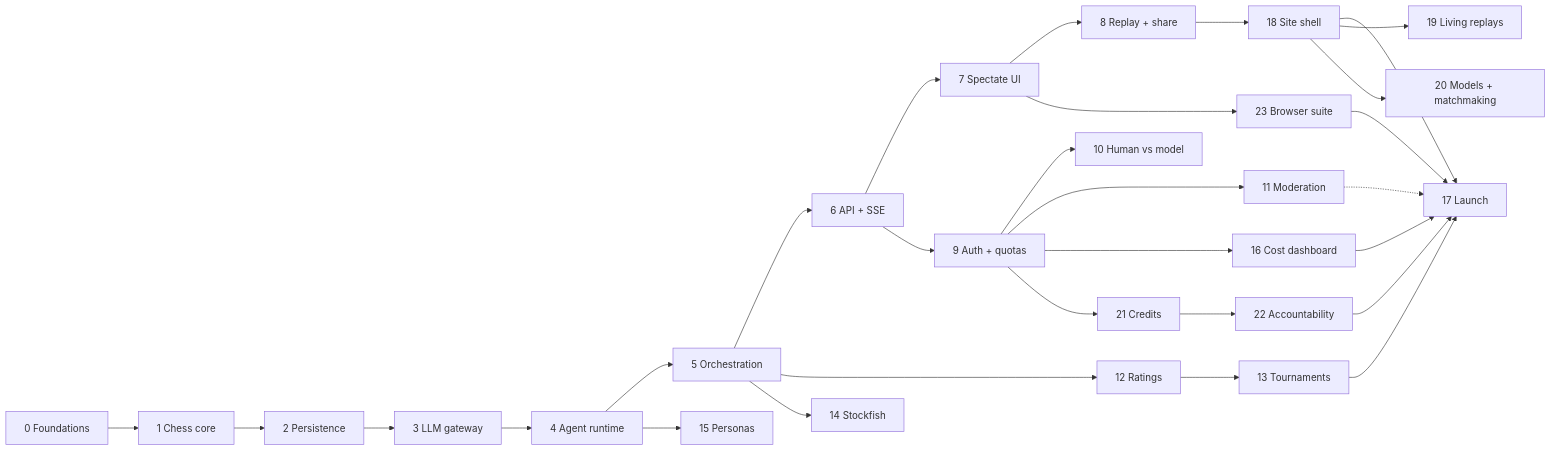
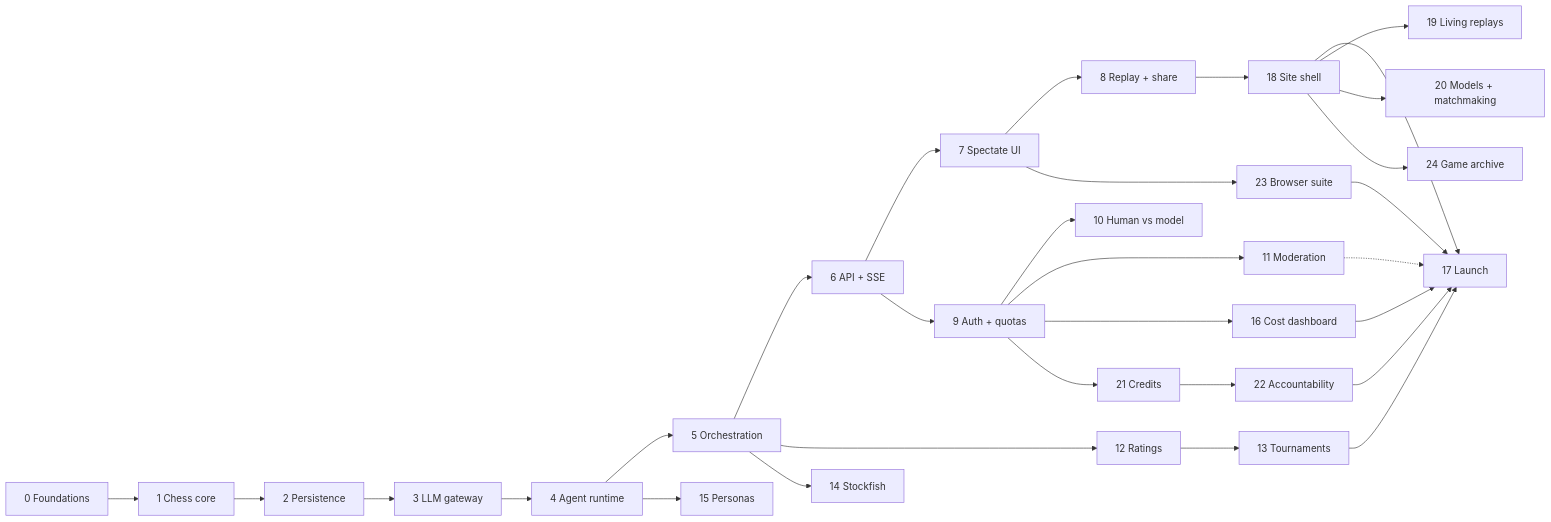
The diagram in docs/ROADMAP.md (ahmedsaed/chessmark), drawn with Mermaid before and after one commit. The commit also changed other lines of this file and 26 other files, not shown here.

First line of the commit message:
feat(web): the game archive at /games, with load-more paging (UI-12)

````diff
--- a/docs/ROADMAP.md
+++ b/docs/ROADMAP.md
@@ -21,31 +21,32 @@
 ```mermaid
 flowchart LR
     P0[0 Foundations] --> P1[1 Chess core]
     P1 --> P2[2 Persistence]
     P2 --> P3[3 LLM gateway]
     P3 --> P4[4 Agent runtime]
     P4 --> P5[5 Orchestration]
     P5 --> P6[6 API + SSE]
     P6 --> P7[7 Spectate UI]
     P7 --> P8[8 Replay + share]
     P6 --> P9[9 Auth + quotas]
     P9 --> P10[10 Human vs model]
     P9 --> P11[11 Moderation]
     P5 --> P12[12 Ratings]
     P12 --> P13[13 Tournaments]
     P5 --> P14[14 Stockfish]
     P4 --> P15[15 Personas]
     P9 --> P16[16 Cost dashboard]
     P8 --> P18[18 Site shell]
     P18 --> P17[17 Launch]
     P18 --> P19[19 Living replays]
     P18 --> P20[20 Models + matchmaking]
     P9 --> P21[21 Credits]
     P21 --> P22[22 Accountability]
     P22 --> P17
     P7 --> P23[23 Browser suite]
+    P18 --> P24[24 Game archive]
     P23 --> P17
     P11 -.-> P17
     P13 --> P17
     P16 --> P17
 ```
````
